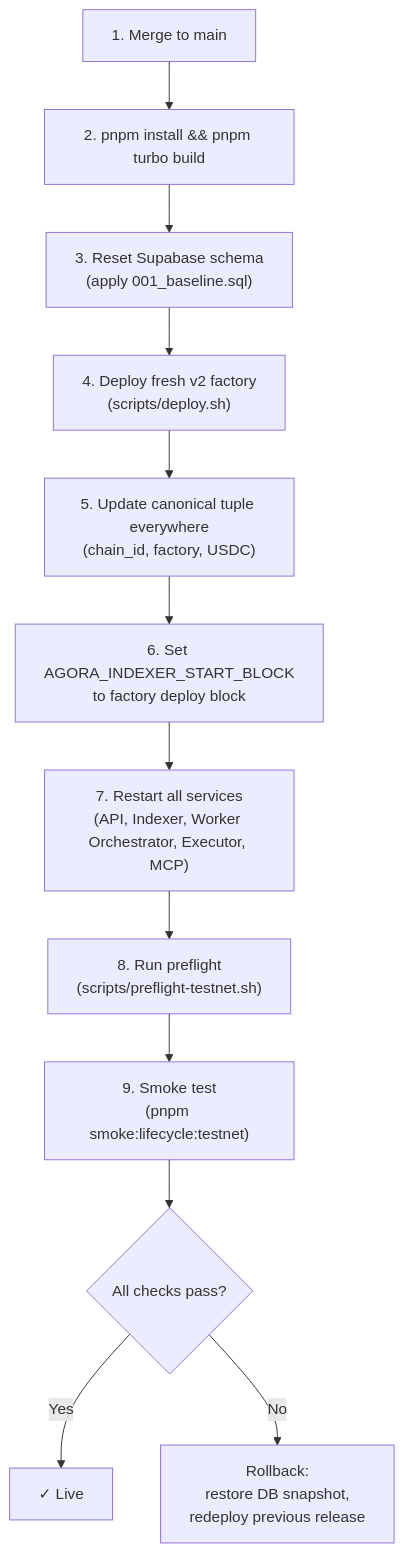
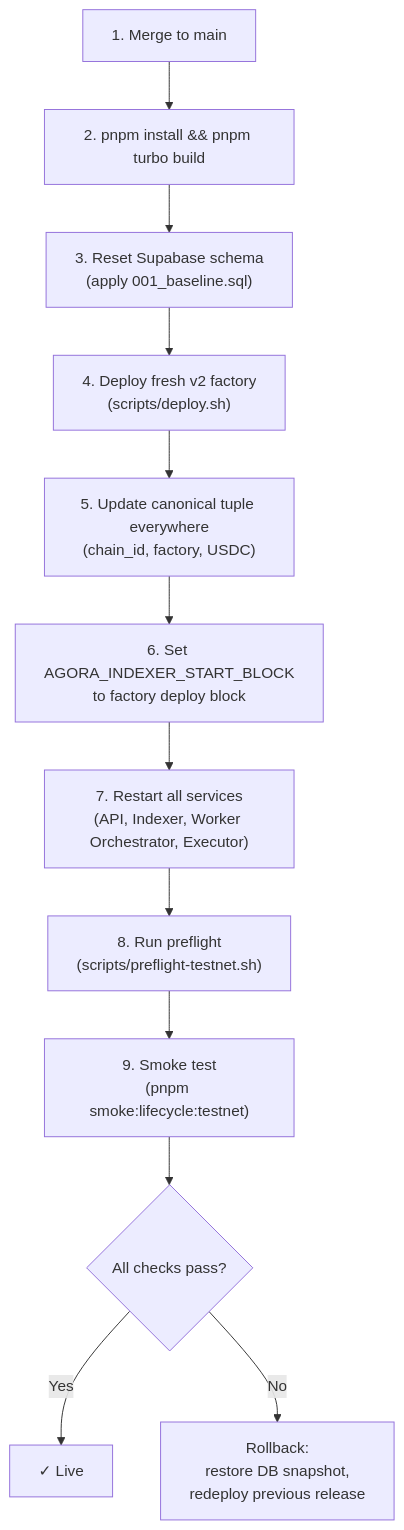
One commit to andymolecule/Hermes changed the diagram in docs/deployment.md. Above: the diagram before and after it, drawn with Mermaid. The commit also changed other lines of this file and 166 other files, not shown here.

Commit message:
Hard-cut machine contract cleanup and runtime schema enforcement

````diff
--- a/docs/deployment.md
+++ b/docs/deployment.md
@@ -99,14 +99,14 @@
 ```mermaid
 flowchart TB
     A["1. Merge to main"] --> B["2. pnpm install && pnpm turbo build"]
     B --> C["3. Reset Supabase schema<br/>(apply 001_baseline.sql)"]
     C --> D["4. Deploy fresh v2 factory<br/>(scripts/deploy.sh)"]
     D --> E["5. Update canonical tuple everywhere<br/>(chain_id, factory, USDC)"]
     E --> F["6. Set AGORA_INDEXER_START_BLOCK<br/>to factory deploy block"]
-    F --> G["7. Restart all services<br/>(API, Indexer, Worker Orchestrator, Executor, MCP)"]
+    F --> G["7. Restart all services<br/>(API, Indexer, Worker Orchestrator, Executor)"]
     G --> H["8. Run preflight<br/>(scripts/preflight-testnet.sh)"]
     H --> I["9. Smoke test<br/>(pnpm smoke:lifecycle:testnet)"]
     I --> J{"All checks pass?"}
     J -->|Yes| K["✓ Live"]
     J -->|No| L["Rollback:<br/>restore DB snapshot,<br/>redeploy previous release"]
 ```
````
